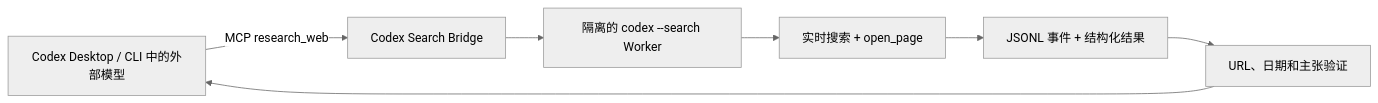
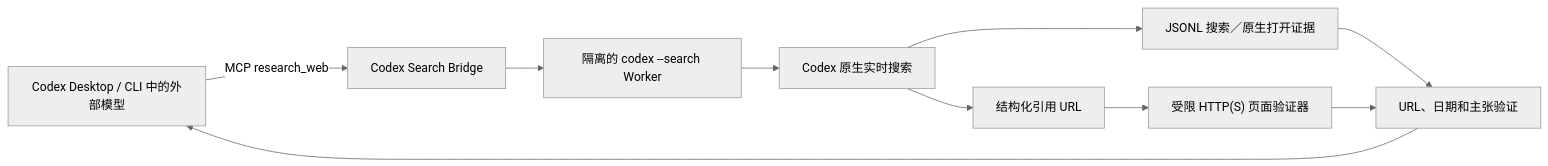
The diagram in README.zh-CN.md (Zhao73/codex-search-bridge), drawn with Mermaid (neutral theme) before and after one commit. The commit also changed other lines of this file and 11 other files, not shown here.

````diff
--- a/README.zh-CN.md
+++ b/README.zh-CN.md
@@ -28,9 +30,12 @@
 ```mermaid
 flowchart LR
     A["Codex Desktop / CLI 中的外部模型"] -->|"MCP research_web"| B["Codex Search Bridge"]
     B --> C["隔离的 codex --search Worker"]
-    C --> D["实时搜索 + open_page"]
-    D --> E["JSONL 事件 + 结构化结果"]
+    C --> D["Codex 原生实时搜索"]
+    D --> E["JSONL 搜索／原生打开证据"]
+    D --> G["结构化引用 URL"]
+    G --> H["受限 HTTP(S) 页面验证器"]
     E --> F["URL、日期和主张验证"]
+    H --> F
     F --> A
 ```
````
